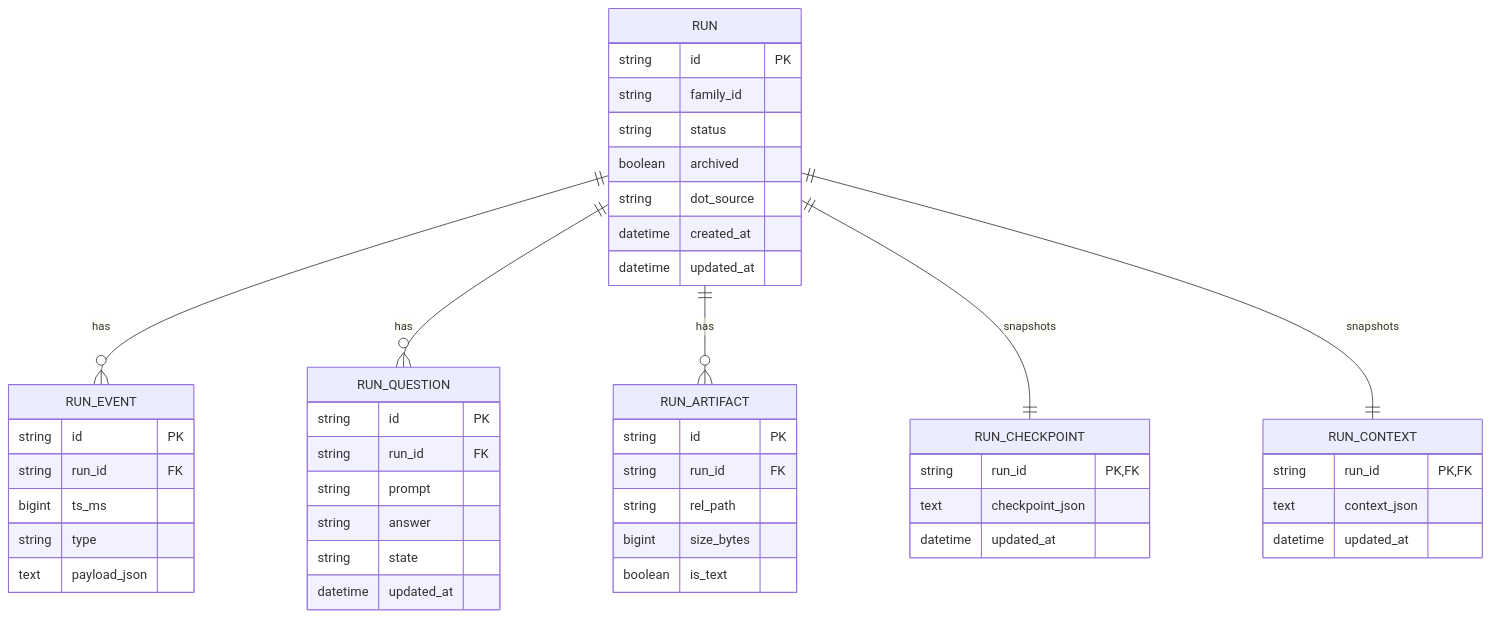
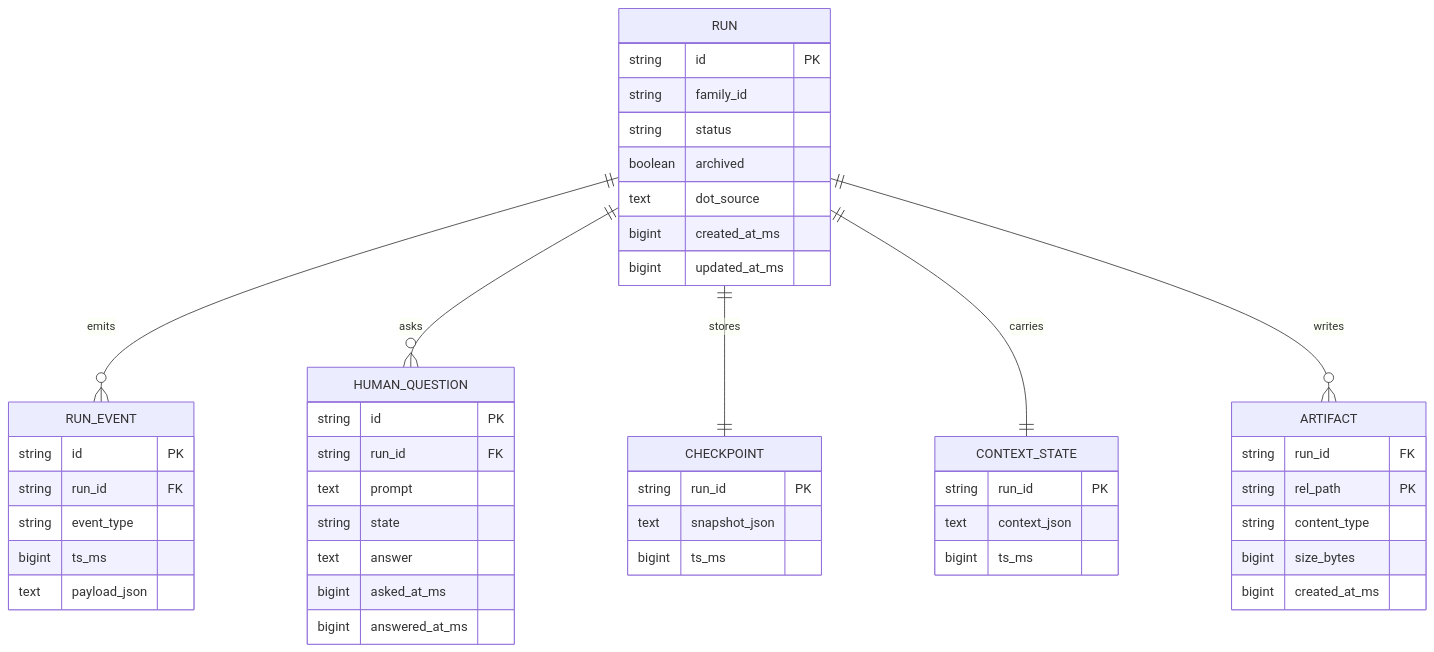
One commit to jaytaylor/attractor-php changed the second of 5 diagrams in docs/sprints/SPRINT-002-attractor-php-web-dashboard.md. Above: the diagram before and after it, drawn with Mermaid. The commit also changed other lines of this file, not shown here.

````diff
--- a/docs/sprints/SPRINT-002-attractor-php-web-dashboard.md
+++ b/docs/sprints/SPRINT-002-attractor-php-web-dashboard.md
@@ -2819,55 +4624,56 @@
 ```mermaid
 erDiagram
-    RUN {
-      string id PK
-      string family_id
-      string status
-      boolean archived
-      string dot_source
-      datetime created_at
-      datetime updated_at
-    }
+  RUN ||--o{ RUN_EVENT : emits
+  RUN ||--o{ HUMAN_QUESTION : asks
+  RUN ||--|| CHECKPOINT : stores
+  RUN ||--|| CONTEXT_STATE : carries
+  RUN ||--o{ ARTIFACT : writes
 
-    RUN_EVENT {
-      string id PK
-      string run_id FK
-      bigint ts_ms
-      string type
-      text payload_json
-    }
+  RUN {
+    string id PK
+    string family_id
+    string status
+    boolean archived
+    text dot_source
+    bigint created_at_ms
+    bigint updated_at_ms
+  }
 
-    RUN_QUESTION {
-      string id PK
-      string run_id FK
-      string prompt
-      string answer
-      string state
-      datetime updated_at
-    }
+  RUN_EVENT {
+    string id PK
+    string run_id FK
+    string event_type
+    bigint ts_ms
+    text payload_json
+  }
 
-    RUN_ARTIFACT {
-      string id PK
-      string run_id FK
-      string rel_path
-      bigint size_bytes
-      boolean is_text
-    }
+  HUMAN_QUESTION {
+    string id PK
+    string run_id FK
+    text prompt
+    string state
+    text answer
+    bigint asked_at_ms
+    bigint answered_at_ms
+  }
 
-    RUN_CHECKPOINT {
-      string run_id PK, FK
-      text checkpoint_json
-      datetime updated_at
-    }
+  CHECKPOINT {
+    string run_id PK
+    text snapshot_json
+    bigint ts_ms
+  }
 
-    RUN_CONTEXT {
-      string run_id PK, FK
-      text context_json
-      datetime updated_at
-    }
+  CONTEXT_STATE {
+    string run_id PK
+    text context_json
+    bigint ts_ms
+  }
 
-    RUN ||--o{ RUN_EVENT : has
-    RUN ||--o{ RUN_QUESTION : has
-    RUN ||--o{ RUN_ARTIFACT : has
-    RUN ||--|| RUN_CHECKPOINT : snapshots
-    RUN ||--|| RUN_CONTEXT : snapshots
+  ARTIFACT {
+    string run_id FK
+    string rel_path PK
+    string content_type
+    bigint size_bytes
+    bigint created_at_ms
+  }
 ```
````
